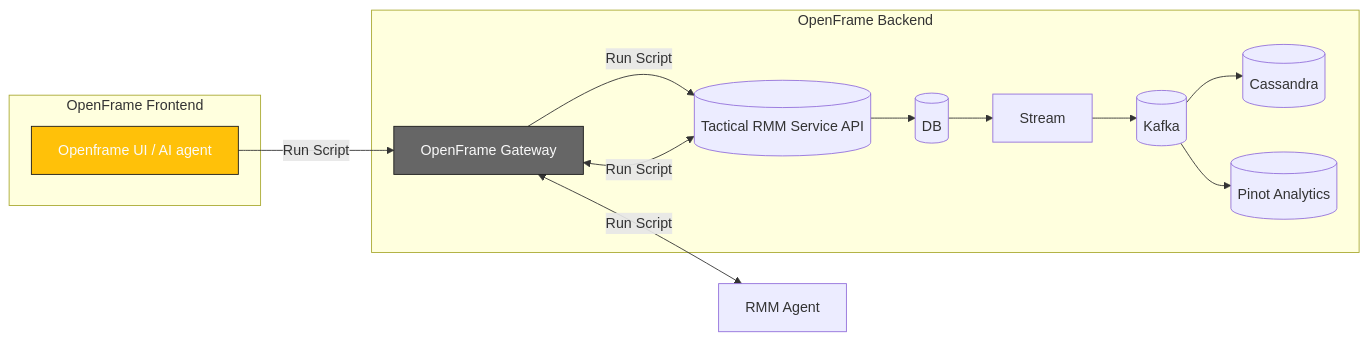
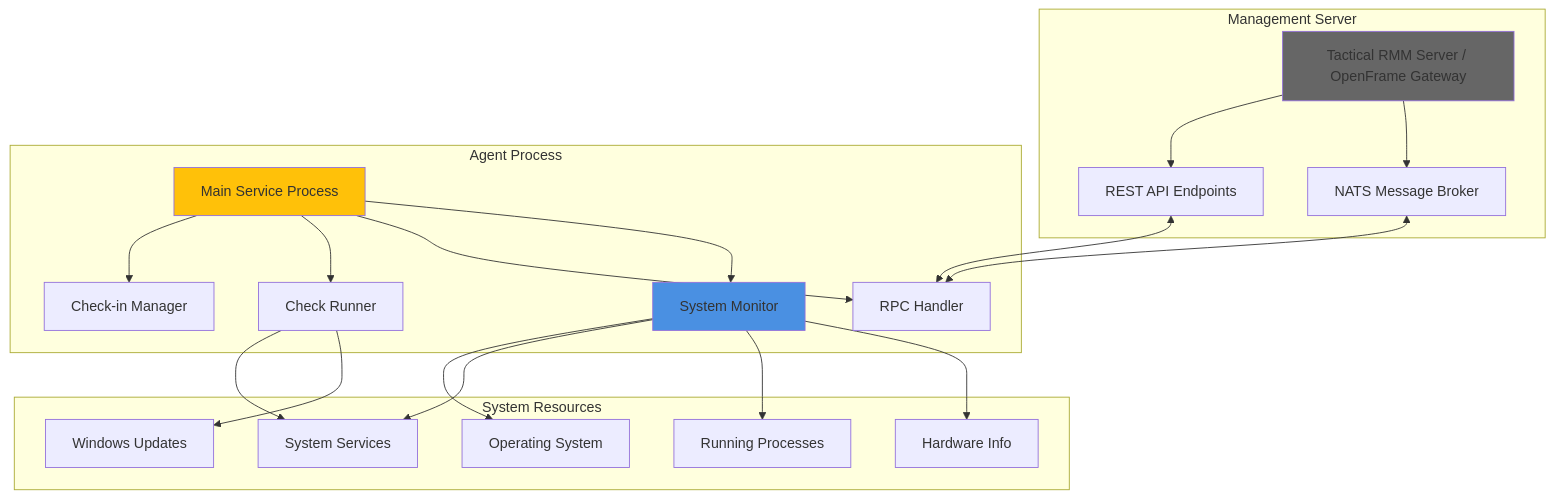
One commit to amidaware/rmmagent changed the diagram in README.md. Above: the diagram before and after it, drawn with Mermaid. The commit also changed other lines of this file and 55 other files, not shown here.

````diff
--- a/README.md
+++ b/README.md
@@ -77,24 +92,47 @@
 ```mermaid
-flowchart LR
-    subgraph OpenFrame Frontend
-        OUI[Openframe UI / AI agent]
+graph TB
+    subgraph "Management Server"
+        Server[Tactical RMM Server / OpenFrame Gateway]
+        API[REST API Endpoints]
+        NATS[NATS Message Broker]
     end
     
-    OUI -- Run Script --> G[OpenFrame Gateway]
-    
-    subgraph OpenFrame Backend
-        G -- Run Script --> API[(Tactical RMM Service API)]
-        API --> DB[(DB)]
-        DB --> S[Stream]
-        S --> K[(Kafka)]
-        K --> C[(Cassandra)]
-        K --> P[(Pinot Analytics)]
-        API <-- Run Script --> G
+    subgraph "Agent Process"
+        Main[Main Service Process]
+        Checkin[Check-in Manager]
+        Checks[Check Runner]
+        RPC[RPC Handler]
+        Monitor[System Monitor]
     end
     
-    G <-- Run Script --> FA[RMM Agent]
+    subgraph "System Resources"
+        OS[Operating System]
+        Services[System Services]
+        Processes[Running Processes]
+        Hardware[Hardware Info]
+        Updates[Windows Updates]
+    end
     
-
-    style OUI fill:#FFC109,stroke:#1A1A1A,color:#FAFAFA
-    style G fill:#666666,stroke:#1A1A1A,color:#FAFAFA
+    Server --> API
+    Server --> NATS
+    
+    Main --> Checkin
+    Main --> Checks
+    Main --> RPC
+    Main --> Monitor
+    
+    API <--> RPC
+    NATS <--> RPC
+    
+    Monitor --> OS
+    Monitor --> Services
+    Monitor --> Processes
+    Monitor --> Hardware
+    
+    Checks --> Services
+    Checks --> Updates
+    
+    style Main fill:#FFC109
+    style Server fill:#666666
+    style Monitor fill:#4A90E2
 ```
````
